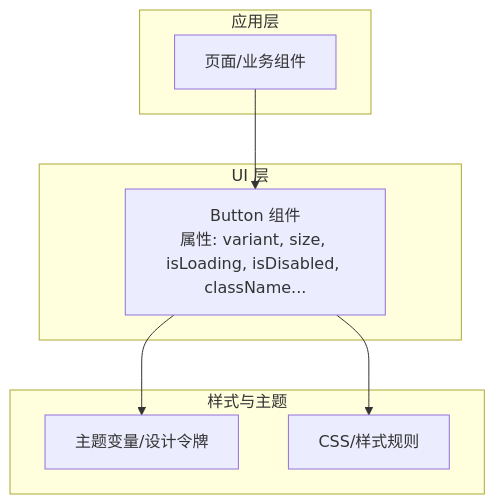
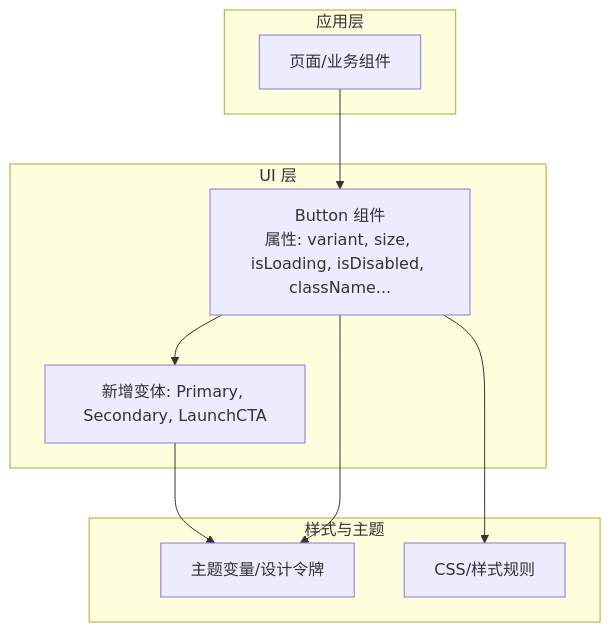
The second of 4 diagrams in .qoder/repowiki/zh/content/UI 组件库/基础组件/按钮组件.md (AIMFllyYS/code-video-canvas), drawn with Mermaid before and after one commit. The commit also changed other lines of this file and 51 other files, not shown here.

````diff
--- a/.qoder/repowiki/zh/content/UI 组件库/基础组件/按钮组件.md
+++ b/.qoder/repowiki/zh/content/UI 组件库/基础组件/按钮组件.md
@@ -59,16 +72,19 @@
 ```mermaid
 graph TB
 subgraph "应用层"
 P["页面/业务组件"]
 end
 subgraph "UI 层"
 BTN["Button 组件<br/>属性: variant, size, isLoading, isDisabled, className..."]
+NEW_VARIANTS["新增变体: Primary, Secondary, LaunchCTA"]
 end
 subgraph "样式与主题"
 THEME["主题变量/设计令牌"]
 CSS["CSS/样式规则"]
 end
 P --> BTN
+BTN --> NEW_VARIANTS
+NEW_VARIANTS --> THEME
 BTN --> THEME
 BTN --> CSS
 ```
````
